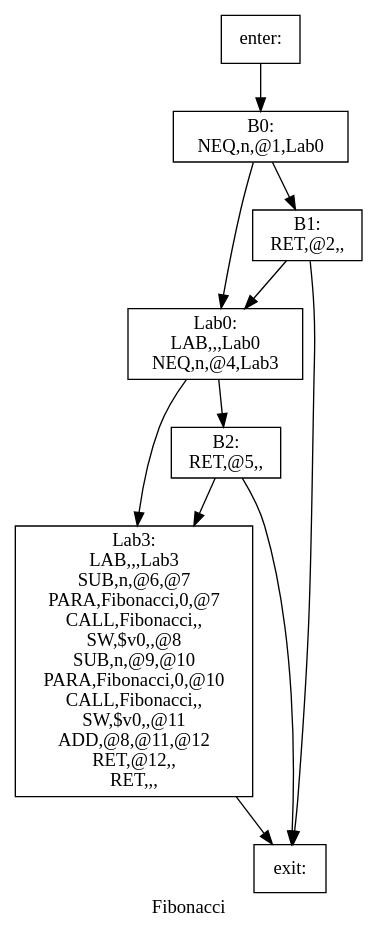
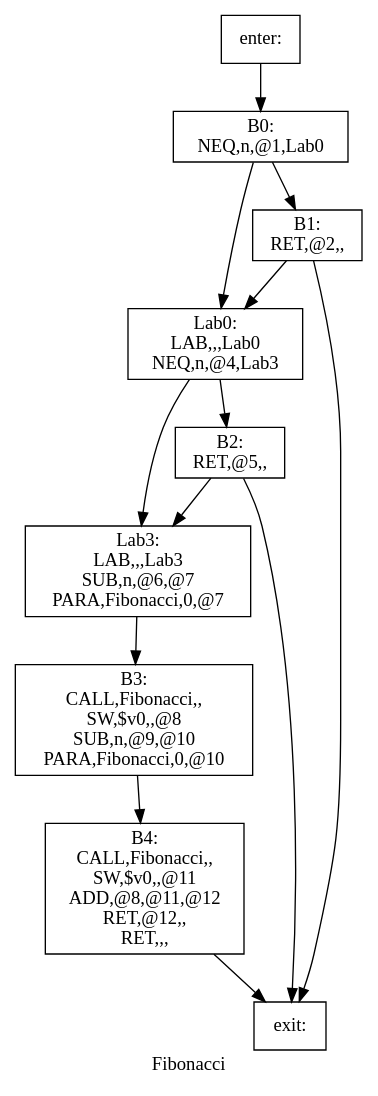
The diagram in Compiler/basic_block/dot/Fibonacci.dot (yifan123/Compiler), drawn with Graphviz before and after one commit. The commit also changed 157 other files, not shown here.

Commit message:
整个编译器已经完工，优化已做了： 1. 常量折叠 2. 划分基本块并使用graphviz绘制控制流图 3. 在parser时直接将所有常量的值计算出来 4. 到达定义分析，计算d-u链和活跃变量分析 5. 构建冲突图，图着色（这个可能还有bug） 6. 错误处理，错误skip，错误打印 接下来准备做： 1. 全局寄存器分配

```diff
--- a/Compiler/basic_block/dot/Fibonacci.dot
+++ b/Compiler/basic_block/dot/Fibonacci.dot
@@ -1,20 +1,24 @@
 digraph Fibonacci{
 label =Fibonacci
 B0[label="B0:\nNEQ,n,@1,Lab0\n" shape=box]
 B1[label="B1:\nRET,@2,,\n" shape=box]
 B2[label="B2:\nRET,@5,,\n" shape=box]
+B3[label="B3:\nCALL,Fibonacci,,\nSW,$v0,,@8\nSUB,n,@9,@10\nPARA,Fibonacci,0,@10\n" shape=box]
+B4[label="B4:\nCALL,Fibonacci,,\nSW,$v0,,@11\nADD,@8,@11,@12\nRET,@12,,\nRET,,,\n" shape=box]
 Lab0[label="Lab0:\nLAB,,,Lab0\nNEQ,n,@4,Lab3\n" shape=box]
-Lab3[label="Lab3:\nLAB,,,Lab3\nSUB,n,@6,@7\nPARA,Fibonacci,0,@7\nCALL,Fibonacci,,\nSW,$v0,,@8\nSUB,n,@9,@10\nPARA,Fibonacci,0,@10\nCALL,Fibonacci,,\nSW,$v0,,@11\nADD,@8,@11,@12\nRET,@12,,\nRET,,,\n" shape=box]
+Lab3[label="Lab3:\nLAB,,,Lab3\nSUB,n,@6,@7\nPARA,Fibonacci,0,@7\n" shape=box]
 enter[label="enter:\n" shape=box]
 exit[label="exit:\n" shape=box]
 B0->B1
 B0->Lab0
 B1->Lab0
 B1->exit
 B2->Lab3
 B2->exit
+B3->B4
+B4->exit
 Lab0->B2
 Lab0->Lab3
-Lab3->exit
+Lab3->B3
 enter->B0
 }
```
